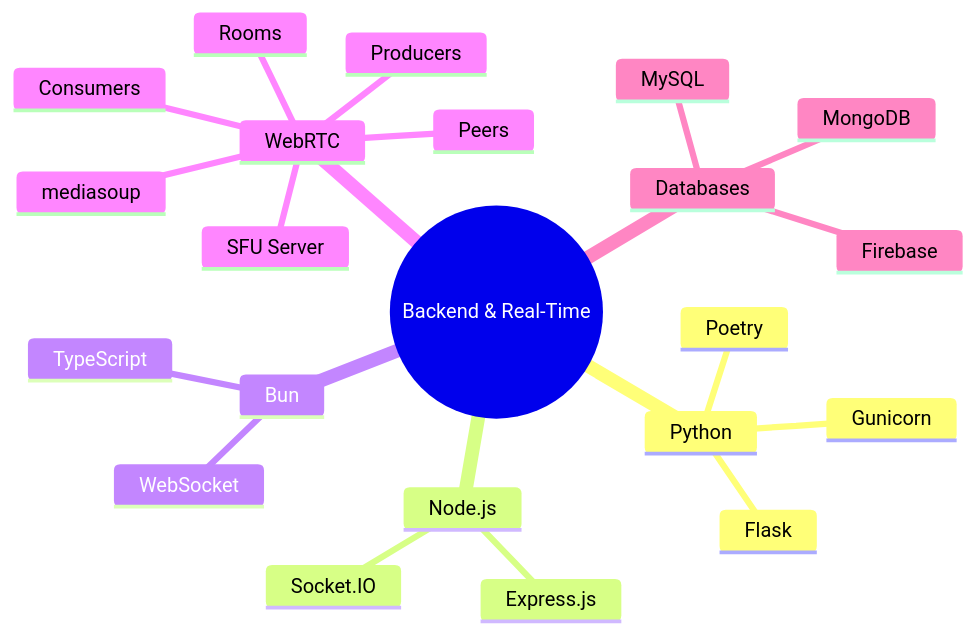
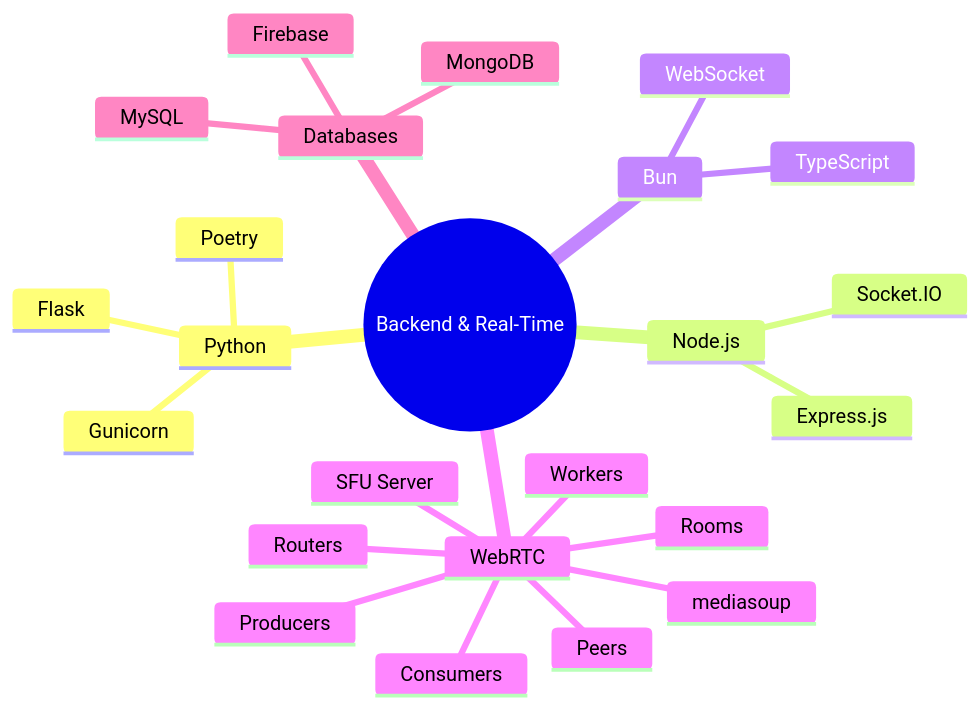
Before and after one commit to beyremagrebi/beyremagrebi: the second of 5 diagrams in README.md, drawn with Mermaid. The commit also changed other lines of this file, not shown here.

````diff
--- a/README.md
+++ b/README.md
@@ -86,25 +149,27 @@
 ```mermaid
 mindmap
   root((Backend & Real-Time))
     Python
       Flask
       Poetry
       Gunicorn
     Node.js
       Express.js
       Socket.IO
     Bun
       TypeScript
       WebSocket
     WebRTC
       mediasoup
       SFU Server
+      Workers
+      Routers
+      Rooms
+      Peers
       Producers
       Consumers
-      Rooms
-      Peers
     Databases
       MongoDB
       MySQL
       Firebase
 ```
````
